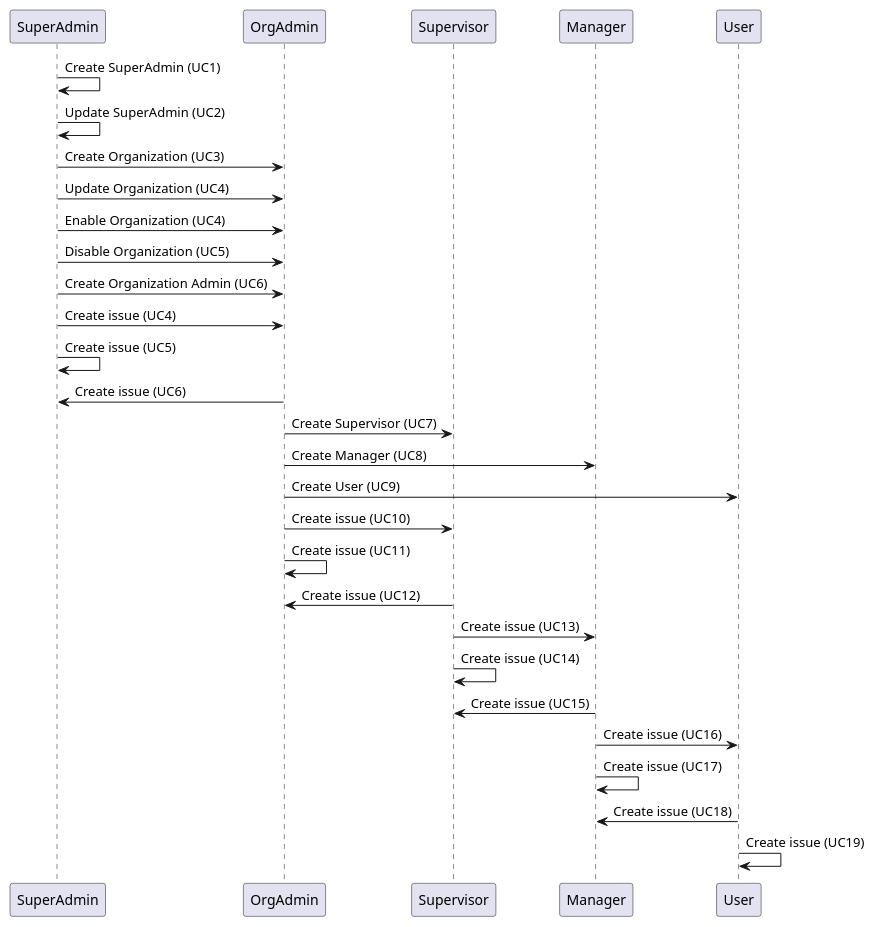
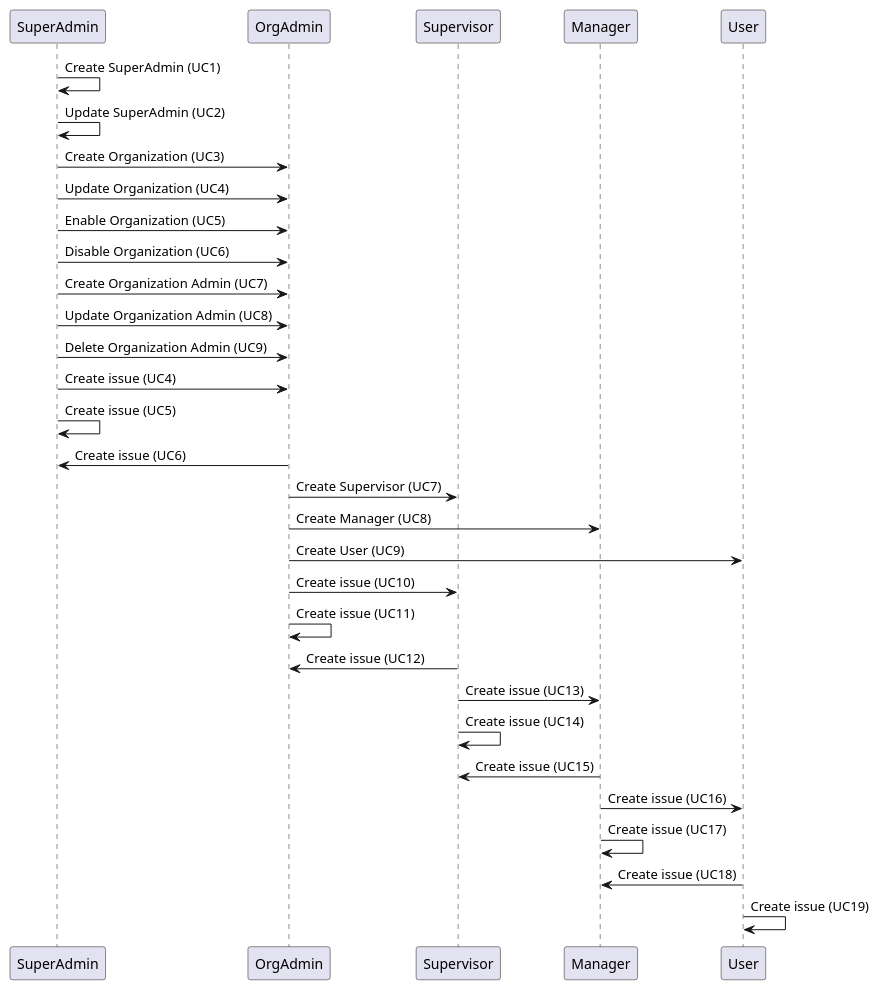
One commit to wawerualbert/CodeHub changed the diagram in documentation/all_usecases.wsd. Above: the diagram before and after it, drawn with PlantUML. The commit also changed 7 other files, not shown here.

```diff
--- a/documentation/all_usecases.wsd
+++ b/documentation/all_usecases.wsd
@@ -1,42 +1,45 @@
 @startuml AllUseCases
 
 participant "SuperAdmin" as SuperAdmin
 SuperAdmin -> SuperAdmin:Create SuperAdmin (UC1)
 SuperAdmin -> SuperAdmin:Update SuperAdmin (UC2)
 
 SuperAdmin -> OrgAdmin:Create Organization (UC3)
 SuperAdmin -> OrgAdmin:Update Organization (UC4)
-SuperAdmin -> OrgAdmin:Enable Organization (UC4)
-SuperAdmin -> OrgAdmin:Disable Organization (UC5)
+SuperAdmin -> OrgAdmin:Enable Organization (UC5)
+SuperAdmin -> OrgAdmin:Disable Organization (UC6)
 
-SuperAdmin -> OrgAdmin:Create Organization Admin (UC6)
+SuperAdmin -> OrgAdmin:Create Organization Admin (UC7)
+SuperAdmin -> OrgAdmin:Update Organization Admin (UC8)
+SuperAdmin -> OrgAdmin:Delete Organization Admin (UC9)
+
 SuperAdmin -> OrgAdmin:Create issue (UC4)
 SuperAdmin -> SuperAdmin:Create issue (UC5)
 
 OrgAdmin -> SuperAdmin:Create issue (UC6)
 
 OrgAdmin -> Supervisor:Create Supervisor (UC7)
 OrgAdmin -> Manager:Create Manager (UC8)
 OrgAdmin -> User:Create User (UC9)
 
 OrgAdmin -> Supervisor:Create issue (UC10)
 OrgAdmin -> OrgAdmin:Create issue (UC11)
 
 participant "Supervisor" as Supervisor
 Supervisor -> OrgAdmin:Create issue (UC12)
 Supervisor -> Manager:Create issue (UC13)
 Supervisor -> Supervisor:Create issue (UC14)
 
 
 participant "Manager" as Manager
 Manager -> Supervisor:Create issue (UC15)
 Manager -> User:Create issue (UC16)
 Manager -> Manager:Create issue (UC17)
 
 
 participant "User" as User
 User -> Manager:Create issue (UC18)
 User -> User:Create issue (UC19)
 
 
 @enduml
```
